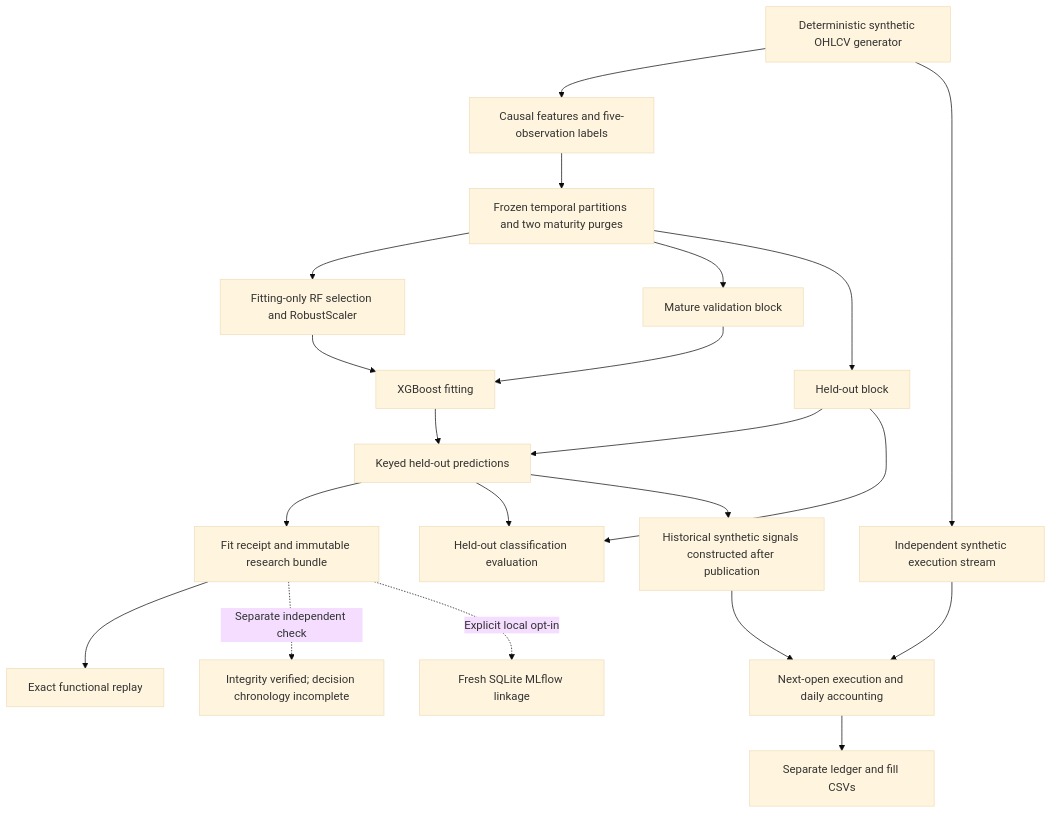
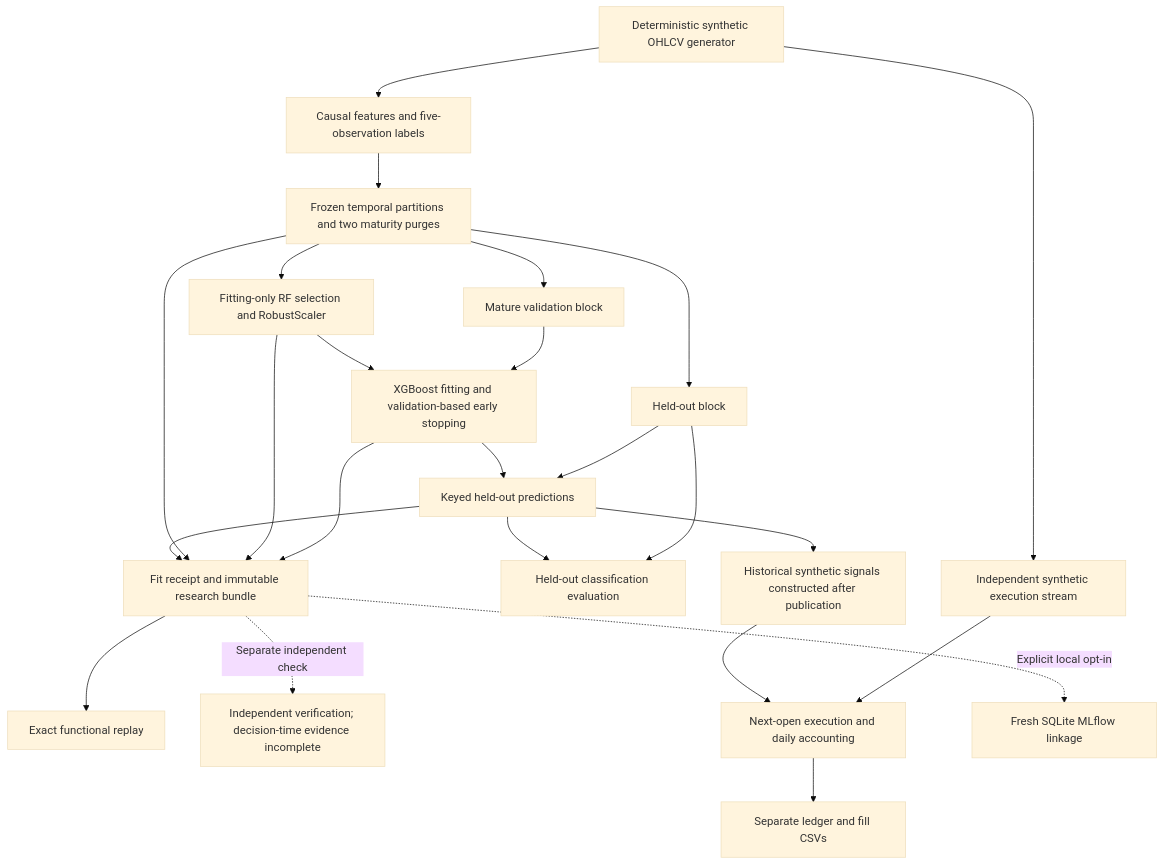
The diagram in README.md (ochenashd/asset-price-forecasting-portfolio), drawn with Mermaid (base theme) before and after one commit. The commit also changed other lines of this file and 2 other files, not shown here.

Commit message:
docs: finalize portfolio README and validation evidence

````diff
--- a/README.md
+++ b/README.md
@@ -23,23 +23,26 @@
 ```mermaid
 flowchart TD
     G[Deterministic synthetic OHLCV generator] --> F[Causal features and five-observation labels]
     F --> P[Frozen temporal partitions and two maturity purges]
     P --> S[Fitting-only RF selection and RobustScaler]
-    S --> X[XGBoost fitting]
+    S --> X[XGBoost fitting and validation-based early stopping]
     P --> V[Mature validation block]
     V --> X
     X --> K[Keyed held-out predictions]
     P --> H[Held-out block]
     H --> K
     K --> R[Fit receipt and immutable research bundle]
+    P --> R
+    S --> R
+    X --> R
     R --> Q[Exact functional replay]
-    R -. Separate independent check .-> I[Integrity verified; decision chronology incomplete]
+    R -. Separate independent check .-> I[Independent verification; decision-time evidence incomplete]
     K --> E[Held-out classification evaluation]
     H --> E
     K --> D[Historical synthetic signals constructed after publication]
     G --> M[Independent synthetic execution stream]
     D --> A[Next-open execution and daily accounting]
     M --> A
     A --> O[Separate ledger and fill CSVs]
     R -. Explicit local opt-in .-> T[Fresh SQLite MLflow linkage]
 ```
````
